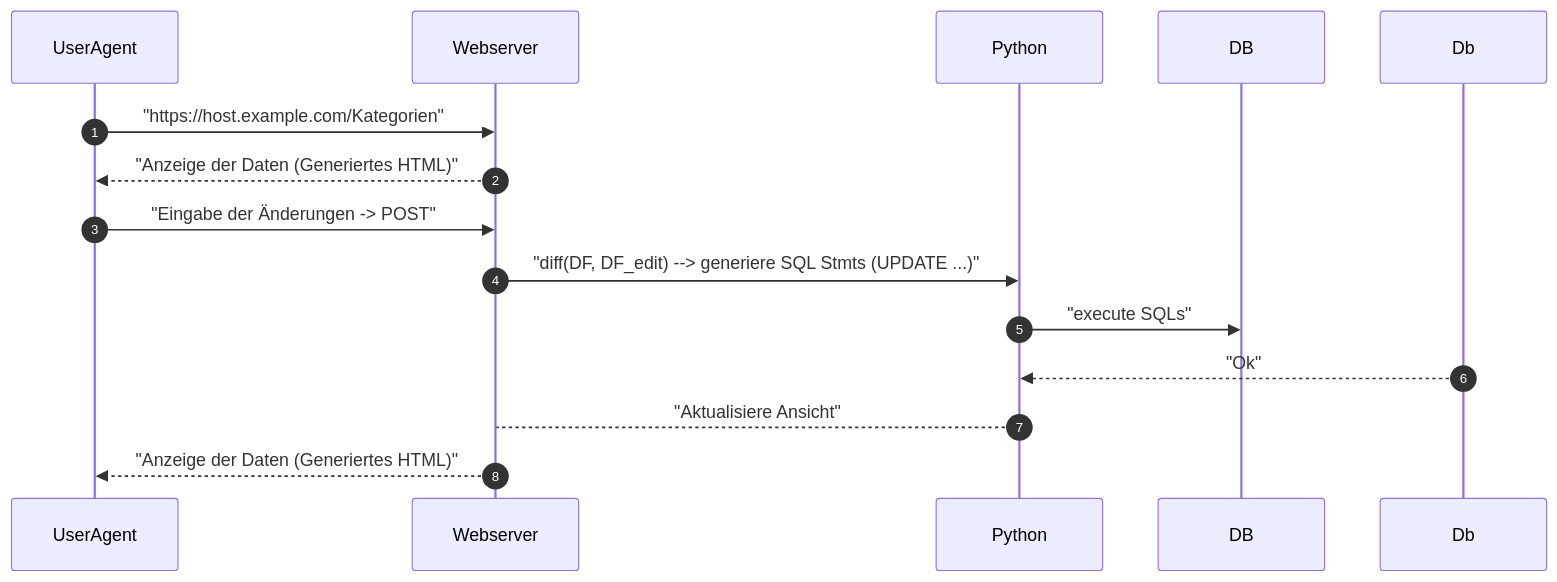
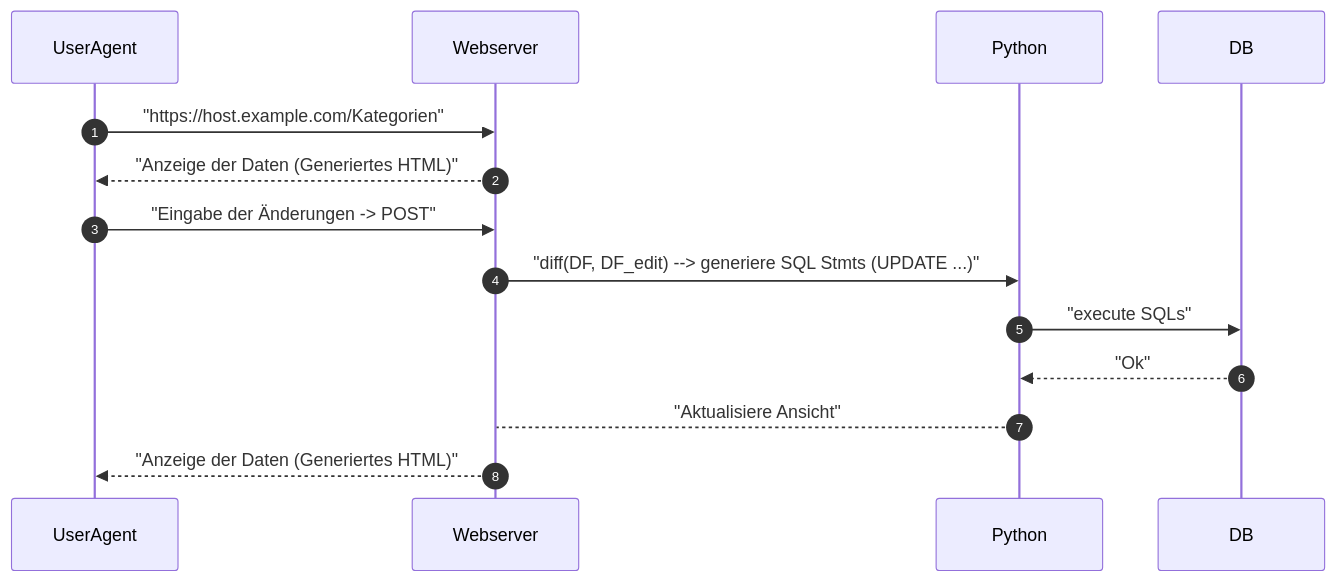
Before and after one commit to nevsglueckauf/2doList: the diagram in doq/category.md, drawn with Mermaid.

Commit message:
Cleaning Bot was ignited via PoE IPv6.023

````diff
--- a/doq/category.md
+++ b/doq/category.md
@@ -3,12 +3,12 @@
 ```mermaid
 sequenceDiagram
     autonumber
     UserAgent->>Webserver: "https://host.example.com/Kategorien"
     Webserver-->>UserAgent: "Anzeige der Daten (Generiertes HTML)" 
     UserAgent->>Webserver: "Eingabe der Änderungen -> POST"
     Webserver->>Python:  "diff(DF, DF_edit) --> generiere SQL Stmts (UPDATE ...)" 
     Python->>DB:  "execute SQLs"
-    Db-->>Python: "Ok"
+    DB-->>Python: "Ok"
     Python-->Webserver: "Aktualisiere Ansicht"
     Webserver-->>UserAgent: "Anzeige der Daten (Generiertes HTML)" 
 ```
````
